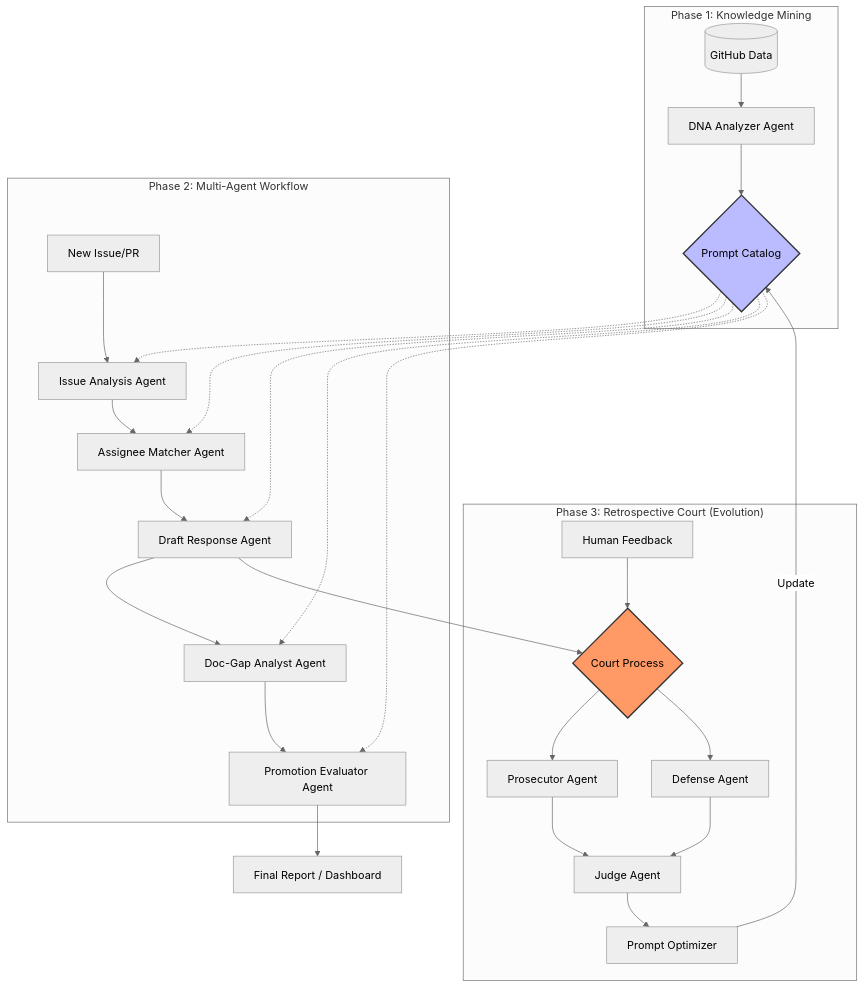
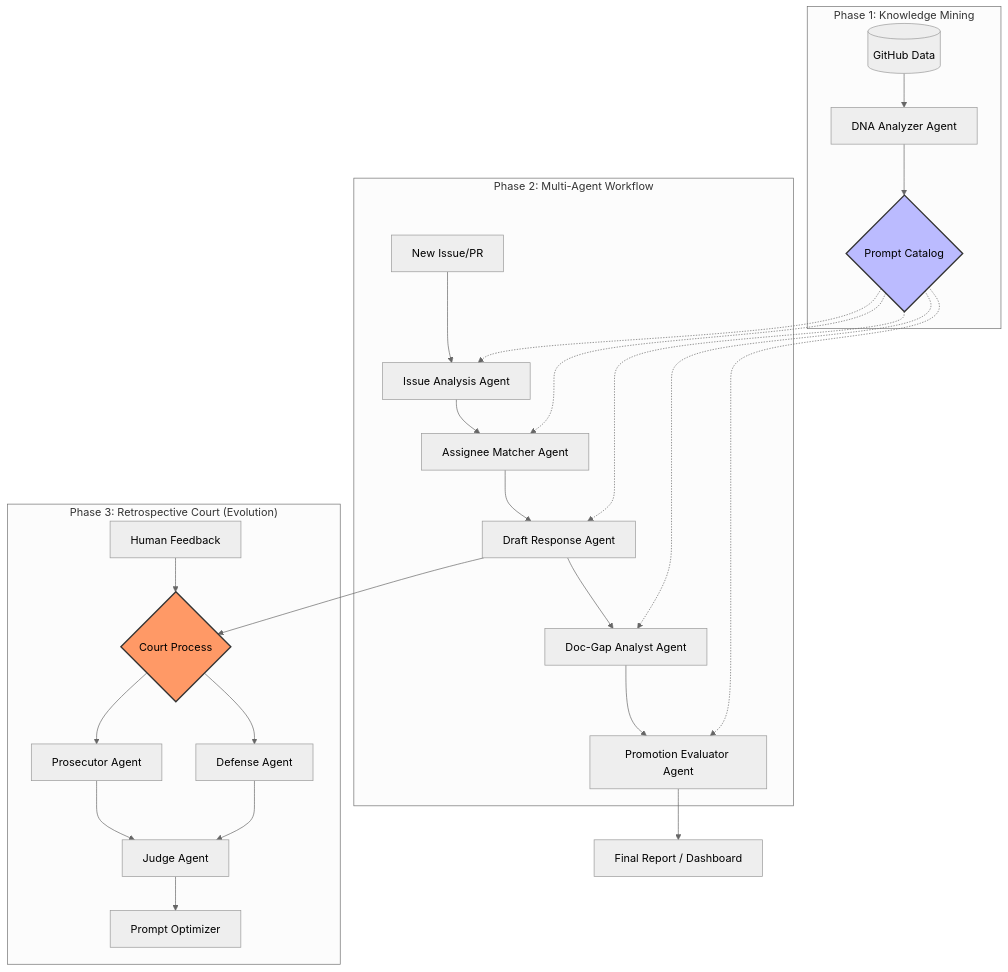
Before and after one commit to GSN-OMG/Prism: the diagram in README.md, drawn with Mermaid (neutral theme).

````diff
--- a/README.md
+++ b/README.md
@@ -75,36 +75,36 @@
 ```mermaid
 graph TD
     %% Phase 1: Knowledge Extraction
     subgraph "Phase 1: Knowledge Mining"
         DB[(GitHub Data)] --> DNA[DNA Analyzer Agent]
         DNA --> PC{Prompt Catalog}
     end
 
     %% Phase 2: Execution Pipeline
     subgraph "Phase 2: Multi-Agent Workflow"
         Input[New Issue/PR] --> Triage[Issue Analysis Agent]
         Triage --> Assign[Assignee Matcher Agent]
         Assign --> Answer[Draft Response Agent]
         Answer --> Gap[Doc-Gap Analyst Agent]
         Gap --> Promo[Promotion Evaluator Agent]
     end
 
     %% Phase 3: Evolution
     subgraph "Phase 3: Retrospective Court (Evolution)"
         Answer --> Court{Court Process}
         Feedback[Human Feedback] --> Court
         Court --> Pros[Prosecutor Agent]
         Court --> Def[Defense Agent]
         Pros & Def --> Judge[Judge Agent]
         Judge --> Optimize[Prompt Optimizer]
-        Optimize -->|Update| PC
+        
     end
 
     %% Connections
     PC -.-> Triage & Assign & Answer & Gap & Promo
     Promo --> Output[Final Report / Dashboard]
 
     style Court fill:#f96,stroke:#333,stroke-width:2px
     style PC fill:#bbf,stroke:#333,stroke-width:2px
 
 ```
````
